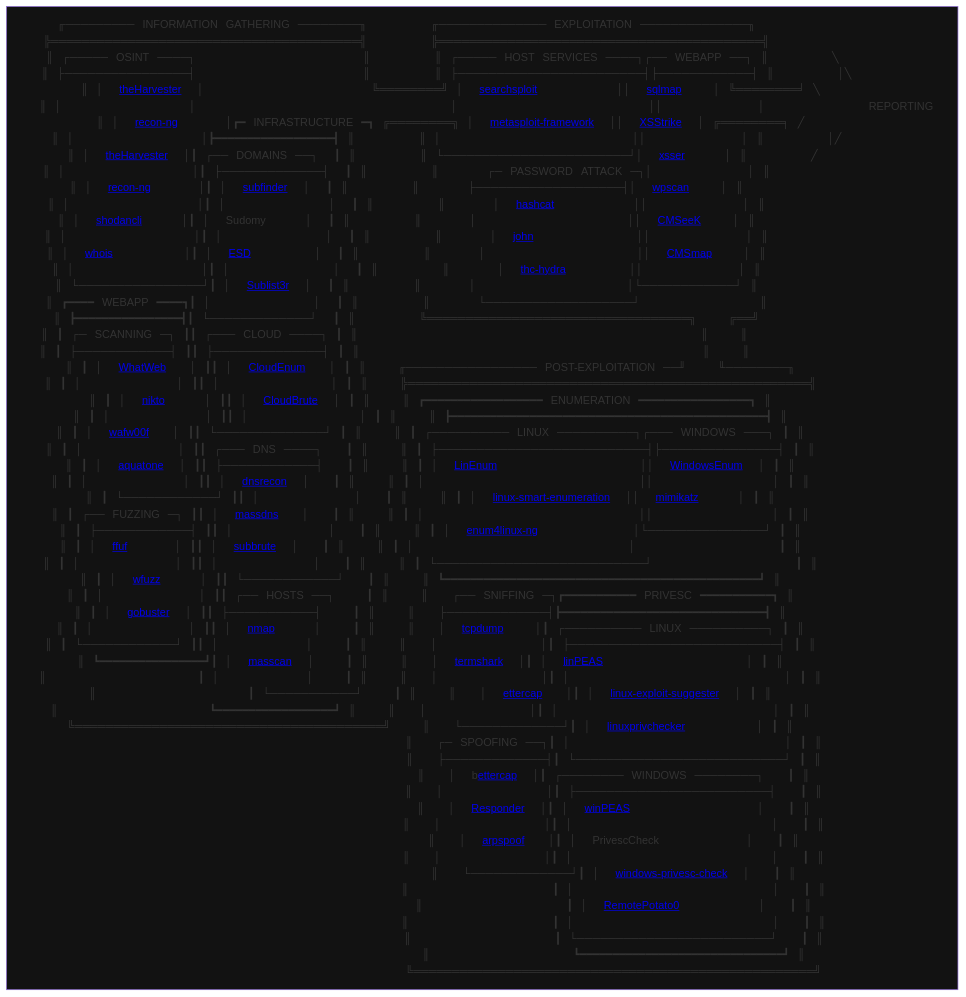
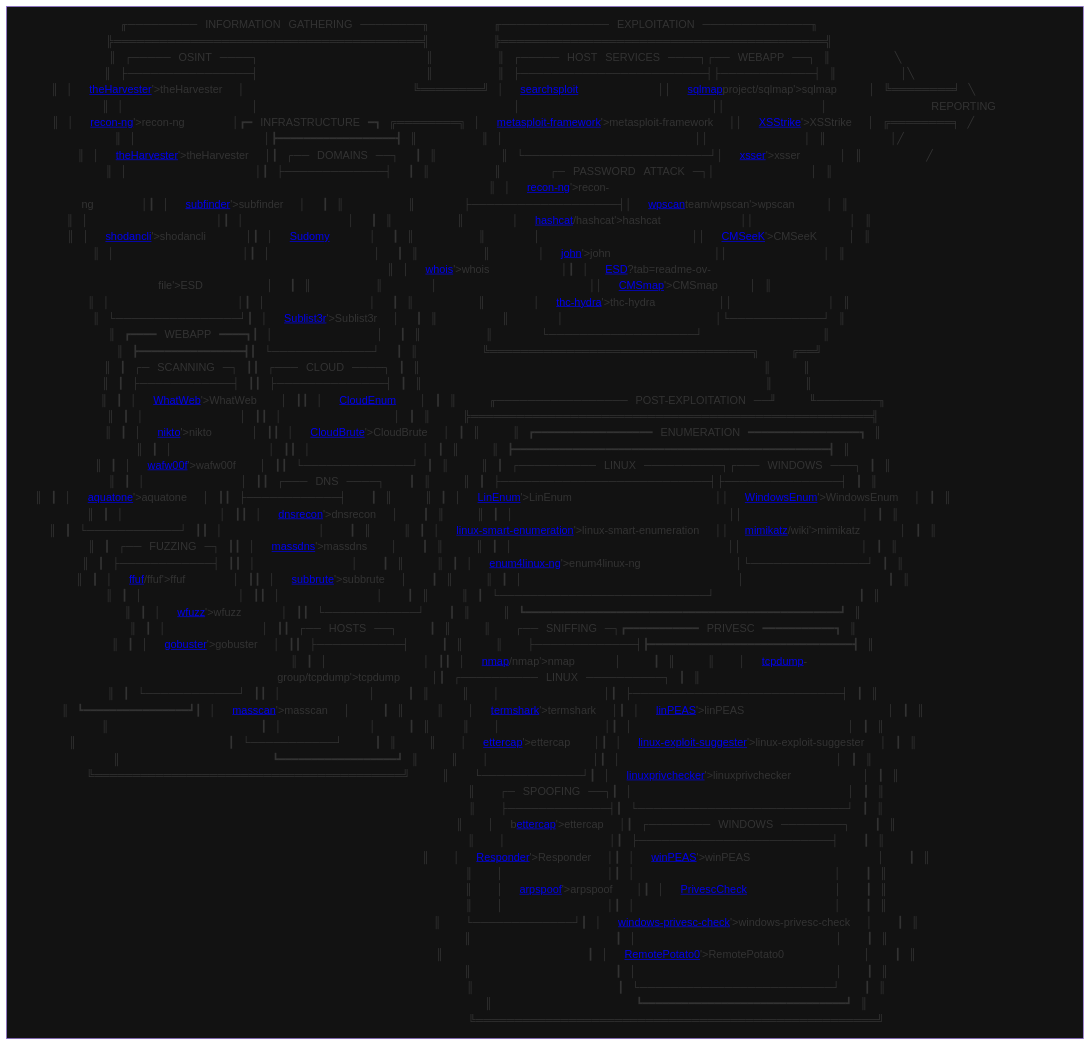
The diagram in README.md (Skalyaeve/a-process), drawn with Mermaid before and after one commit. The commit also changed 1 other file, not shown here.

````diff
--- a/README.md
+++ b/README.md
@@ -1,65 +1,65 @@
 ```mermaid
 graph TD
 main[
 ⠀╓─────────⠀INFORMATION⠀GATHERING⠀────────╖⠀⠀⠀⠀⠀⠀⠀⠀╓──────────────⠀EXPLOITATION⠀──────────────╖⠀⠀⠀⠀⠀⠀⠀⠀⠀⠀⠀⠀⠀⠀⠀⠀⠀⠀⠀⠀
 ⠀╠════════════════════════════════════════╣⠀⠀⠀⠀⠀⠀⠀⠀╠══════════════════════════════════════════╣⠀⠀⠀⠀⠀⠀⠀⠀⠀⠀⠀⠀⠀⠀⠀⠀⠀⠀⠀⠀
 ⠀║⠀┌─────⠀OSINT⠀────┐⠀⠀⠀⠀⠀⠀⠀⠀⠀⠀⠀⠀⠀⠀⠀⠀⠀⠀⠀⠀⠀║⠀⠀⠀⠀⠀⠀⠀⠀║⠀┌─────⠀HOST⠀SERVICES⠀────┐┌──⠀WEBAPP⠀──┐⠀║⠀⠀⠀⠀⠀⠀⠀⠀╲⠀⠀⠀⠀⠀⠀⠀⠀⠀⠀⠀
 ⠀║⠀├────────────────┤⠀⠀⠀⠀⠀⠀⠀⠀⠀⠀⠀⠀⠀⠀⠀⠀⠀⠀⠀⠀⠀║⠀⠀⠀⠀⠀⠀⠀⠀║⠀├────────────────────────┤├────────────┤⠀║⠀⠀⠀⠀⠀⠀⠀⠀│╲⠀⠀⠀⠀⠀⠀⠀⠀⠀⠀
-⠀║⠀│⠀⠀<a href='https://github.com/laramies/theHarvester'>theHarvester</a>⠀⠀│⠀⠀⠀⠀⠀⠀⠀⠀⠀⠀⠀⠀⠀⠀⠀⠀⠀⠀⠀⠀⠀╚════════╝⠀│⠀⠀<a href='https://gitlab.com/exploit-database/exploitdb'>searchsploit</a>⠀⠀⠀⠀⠀⠀⠀⠀⠀⠀││⠀⠀<a href='https://github.com/sqlmapproject/sqlmap'>sqlmap</a>⠀⠀⠀⠀│⠀╚════════╛⠀╲⠀⠀⠀⠀⠀⠀⠀⠀⠀
+⠀║⠀│⠀⠀<a href='https://github.com/laramies/<a href='https://github.com/laramies/theHarvester'>theHarvester</a>'>theHarvester</a>⠀⠀│⠀⠀⠀⠀⠀⠀⠀⠀⠀⠀⠀⠀⠀⠀⠀⠀⠀⠀⠀⠀⠀╚════════╝⠀│⠀⠀<a href='https://gitlab.com/exploit-database/exploitdb'><a href='https://gitlab.com/exploit-database/exploitdb'>searchsploit</a></a>⠀⠀⠀⠀⠀⠀⠀⠀⠀⠀││⠀⠀<a href='https://github.com/<a href='https://github.com/sqlmapproject/sqlmap'>sqlmap</a>project/sqlmap'>sqlmap</a>⠀⠀⠀⠀│⠀╚════════╛⠀╲⠀⠀⠀⠀⠀⠀⠀⠀⠀
 ⠀║⠀│⠀⠀⠀⠀⠀⠀⠀⠀⠀⠀⠀⠀⠀⠀⠀⠀│⠀⠀⠀⠀⠀⠀⠀⠀⠀⠀⠀⠀⠀⠀⠀⠀⠀⠀⠀⠀⠀⠀⠀⠀⠀⠀⠀⠀⠀⠀⠀⠀│⠀⠀⠀⠀⠀⠀⠀⠀⠀⠀⠀⠀⠀⠀⠀⠀⠀⠀⠀⠀⠀⠀⠀⠀││⠀⠀⠀⠀⠀⠀⠀⠀⠀⠀⠀⠀│⠀⠀⠀⠀⠀⠀⠀⠀⠀⠀⠀⠀⠀REPORTING
-⠀║⠀│⠀⠀<a href='https://github.com/lanmaster53/recon-ng'>recon-ng</a>⠀⠀⠀⠀⠀⠀│┏━⠀INFRASTRUCTURE⠀━┓⠀╔════════╗⠀│⠀⠀<a href='https://github.com/rapid7/metasploit-framework'>metasploit-framework</a>⠀⠀││⠀⠀<a href='https://github.com/s0md3v/XSStrike'>XSStrike</a>⠀⠀│⠀╔════════╕⠀╱⠀⠀⠀⠀⠀⠀⠀⠀⠀
+⠀║⠀│⠀⠀<a href='https://github.com/lanmaster53/<a href='https://github.com/lanmaster53/recon-ng'>recon-ng</a>'>recon-ng</a>⠀⠀⠀⠀⠀⠀│┏━⠀INFRASTRUCTURE⠀━┓⠀╔════════╗⠀│⠀⠀<a href='https://github.com/rapid7/<a href='https://github.com/rapid7/metasploit-framework'>metasploit-framework</a>'>metasploit-framework</a>⠀⠀││⠀⠀<a href='https://github.com/s0md3v/<a href='https://github.com/s0md3v/XSStrike'>XSStrike</a>'>XSStrike</a>⠀⠀│⠀╔════════╕⠀╱⠀⠀⠀⠀⠀⠀⠀⠀⠀
 ⠀║⠀│⠀⠀⠀⠀⠀⠀⠀⠀⠀⠀⠀⠀⠀⠀⠀⠀│┣━━━━━━━━━━━━━━━━━━┫⠀║⠀⠀⠀⠀⠀⠀⠀⠀║⠀│⠀⠀⠀⠀⠀⠀⠀⠀⠀⠀⠀⠀⠀⠀⠀⠀⠀⠀⠀⠀⠀⠀⠀⠀││⠀⠀⠀⠀⠀⠀⠀⠀⠀⠀⠀⠀│⠀║⠀⠀⠀⠀⠀⠀⠀⠀│╱⠀⠀⠀⠀⠀⠀⠀⠀⠀⠀
-⠀║⠀│⠀⠀<a href='https://github.com/laramies/theHarvester'>theHarvester</a>⠀⠀│┃⠀┌──⠀DOMAINS⠀──┐⠀⠀┃⠀║⠀⠀⠀⠀⠀⠀⠀⠀║⠀└────────────────────────┘│⠀⠀<a href='https://github.com/epsylon/xsser'>xsser</a>⠀⠀⠀⠀⠀│⠀║⠀⠀⠀⠀⠀⠀⠀⠀╱⠀⠀⠀⠀⠀⠀⠀⠀⠀⠀⠀
+⠀║⠀│⠀⠀<a href='https://github.com/laramies/<a href='https://github.com/laramies/theHarvester'>theHarvester</a>'>theHarvester</a>⠀⠀│┃⠀┌──⠀DOMAINS⠀──┐⠀⠀┃⠀║⠀⠀⠀⠀⠀⠀⠀⠀║⠀└────────────────────────┘│⠀⠀<a href='https://github.com/epsylon/<a href='https://github.com/epsylon/xsser'>xsser</a>'>xsser</a>⠀⠀⠀⠀⠀│⠀║⠀⠀⠀⠀⠀⠀⠀⠀╱⠀⠀⠀⠀⠀⠀⠀⠀⠀⠀⠀
 ⠀║⠀│⠀⠀⠀⠀⠀⠀⠀⠀⠀⠀⠀⠀⠀⠀⠀⠀│┃⠀├─────────────┤⠀⠀┃⠀║⠀⠀⠀⠀⠀⠀⠀⠀║⠀⠀⠀⠀⠀⠀┌─⠀PASSWORD⠀ATTACK⠀─┐│⠀⠀⠀⠀⠀⠀⠀⠀⠀⠀⠀⠀│⠀║⠀⠀⠀⠀⠀⠀⠀⠀⠀⠀⠀⠀⠀⠀⠀⠀⠀⠀⠀⠀
-⠀║⠀│⠀⠀<a href='https://github.com/lanmaster53/recon-ng'>recon-ng</a>⠀⠀⠀⠀⠀⠀│┃⠀│⠀⠀<a href='https://github.com/projectdiscovery/subfinder'>subfinder</a>⠀⠀│⠀⠀┃⠀║⠀⠀⠀⠀⠀⠀⠀⠀║⠀⠀⠀⠀⠀⠀├───────────────────┤│⠀⠀<a href='https://github.com/wpscanteam/wpscan'>wpscan</a>⠀⠀⠀⠀│⠀║⠀⠀⠀⠀⠀⠀⠀⠀⠀⠀⠀⠀⠀⠀⠀⠀⠀⠀⠀⠀
-⠀║⠀│⠀⠀⠀⠀⠀⠀⠀⠀⠀⠀⠀⠀⠀⠀⠀⠀│┃⠀│⠀⠀⠀⠀⠀⠀⠀⠀⠀⠀⠀⠀⠀│⠀⠀┃⠀║⠀⠀⠀⠀⠀⠀⠀⠀║⠀⠀⠀⠀⠀⠀│⠀⠀<a href='https://github.com/hashcat/hashcat'>hashcat</a>⠀⠀⠀⠀⠀⠀⠀⠀⠀⠀││⠀⠀⠀⠀⠀⠀⠀⠀⠀⠀⠀⠀│⠀║⠀⠀⠀⠀⠀⠀⠀⠀⠀⠀⠀⠀⠀⠀⠀⠀⠀⠀⠀⠀
-⠀║⠀│⠀⠀<a href='https://github.com/malinkinsa/shodancli'>shodancli</a>⠀⠀⠀⠀⠀│┃⠀│⠀⠀Sudomy⠀⠀⠀⠀⠀│⠀⠀┃⠀║⠀⠀⠀⠀⠀⠀⠀⠀║⠀⠀⠀⠀⠀⠀│⠀⠀⠀⠀⠀⠀⠀⠀⠀⠀⠀⠀⠀⠀⠀⠀⠀⠀⠀││⠀⠀<a href='https://github.com/Tuhinshubhra/CMSeeK'>CMSeeK</a>⠀⠀⠀⠀│⠀║⠀⠀⠀⠀⠀⠀⠀⠀⠀⠀⠀⠀⠀⠀⠀⠀⠀⠀⠀⠀
-⠀║⠀│⠀⠀⠀⠀⠀⠀⠀⠀⠀⠀⠀⠀⠀⠀⠀⠀│┃⠀│⠀⠀⠀⠀⠀⠀⠀⠀⠀⠀⠀⠀⠀│⠀⠀┃⠀║⠀⠀⠀⠀⠀⠀⠀⠀║⠀⠀⠀⠀⠀⠀│⠀⠀<a href='https://github.com/openwall/john'>john</a>⠀⠀⠀⠀⠀⠀⠀⠀⠀⠀⠀⠀⠀││⠀⠀⠀⠀⠀⠀⠀⠀⠀⠀⠀⠀│⠀║⠀⠀⠀⠀⠀⠀⠀⠀⠀⠀⠀⠀⠀⠀⠀⠀⠀⠀⠀⠀
-⠀║⠀│⠀⠀<a href='https://github.com/weppos/whois'>whois</a>⠀⠀⠀⠀⠀⠀⠀⠀⠀│┃⠀│⠀⠀<a href='https://github.com/FeeiCN/ESD?tab=readme-ov-file'>ESD</a>⠀⠀⠀⠀⠀⠀⠀⠀│⠀⠀┃⠀║⠀⠀⠀⠀⠀⠀⠀⠀║⠀⠀⠀⠀⠀⠀│⠀⠀⠀⠀⠀⠀⠀⠀⠀⠀⠀⠀⠀⠀⠀⠀⠀⠀⠀││⠀⠀<a href='https://github.com/dionach/CMSmap'>CMSmap</a>⠀⠀⠀⠀│⠀║⠀⠀⠀⠀⠀⠀⠀⠀⠀⠀⠀⠀⠀⠀⠀⠀⠀⠀⠀⠀
-⠀║⠀│⠀⠀⠀⠀⠀⠀⠀⠀⠀⠀⠀⠀⠀⠀⠀⠀│┃⠀│⠀⠀⠀⠀⠀⠀⠀⠀⠀⠀⠀⠀⠀│⠀⠀┃⠀║⠀⠀⠀⠀⠀⠀⠀⠀║⠀⠀⠀⠀⠀⠀│⠀⠀<a href='https://github.com/vanhauser-thc/thc-hydra'>thc-hydra</a>⠀⠀⠀⠀⠀⠀⠀⠀││⠀⠀⠀⠀⠀⠀⠀⠀⠀⠀⠀⠀│⠀║⠀⠀⠀⠀⠀⠀⠀⠀⠀⠀⠀⠀⠀⠀⠀⠀⠀⠀⠀⠀
-⠀║⠀└────────────────┘┃⠀│⠀⠀<a href='https://github.com/aboul3la/Sublist3r'>Sublist3r</a>⠀⠀│⠀⠀┃⠀║⠀⠀⠀⠀⠀⠀⠀⠀║⠀⠀⠀⠀⠀⠀│⠀⠀⠀⠀⠀⠀⠀⠀⠀⠀⠀⠀⠀⠀⠀⠀⠀⠀⠀│└────────────┘⠀║⠀⠀⠀⠀⠀⠀⠀⠀⠀⠀⠀⠀⠀⠀⠀⠀⠀⠀⠀⠀
+⠀║⠀│⠀⠀<a href='https://github.com/lanmaster53/<a href='https://github.com/lanmaster53/recon-ng'>recon-ng</a>'>recon-ng</a>⠀⠀⠀⠀⠀⠀│┃⠀│⠀⠀<a href='https://github.com/projectdiscovery/<a href='https://github.com/projectdiscovery/subfinder'>subfinder</a>'>subfinder</a>⠀⠀│⠀⠀┃⠀║⠀⠀⠀⠀⠀⠀⠀⠀║⠀⠀⠀⠀⠀⠀├───────────────────┤│⠀⠀<a href='https://github.com/<a href='https://github.com/wpscanteam/wpscan'>wpscan</a>team/wpscan'>wpscan</a>⠀⠀⠀⠀│⠀║⠀⠀⠀⠀⠀⠀⠀⠀⠀⠀⠀⠀⠀⠀⠀⠀⠀⠀⠀⠀
+⠀║⠀│⠀⠀⠀⠀⠀⠀⠀⠀⠀⠀⠀⠀⠀⠀⠀⠀│┃⠀│⠀⠀⠀⠀⠀⠀⠀⠀⠀⠀⠀⠀⠀│⠀⠀┃⠀║⠀⠀⠀⠀⠀⠀⠀⠀║⠀⠀⠀⠀⠀⠀│⠀⠀<a href='https://github.com/<a href='https://github.com/hashcat/hashcat'>hashcat</a>/hashcat'>hashcat</a>⠀⠀⠀⠀⠀⠀⠀⠀⠀⠀││⠀⠀⠀⠀⠀⠀⠀⠀⠀⠀⠀⠀│⠀║⠀⠀⠀⠀⠀⠀⠀⠀⠀⠀⠀⠀⠀⠀⠀⠀⠀⠀⠀⠀
+⠀║⠀│⠀⠀<a href='https://github.com/malinkinsa/<a href='https://github.com/malinkinsa/shodancli'>shodancli</a>'>shodancli</a>⠀⠀⠀⠀⠀│┃⠀│⠀⠀<a href='https://github.com/screetsec/Sudomy'>Sudomy</a>⠀⠀⠀⠀⠀│⠀⠀┃⠀║⠀⠀⠀⠀⠀⠀⠀⠀║⠀⠀⠀⠀⠀⠀│⠀⠀⠀⠀⠀⠀⠀⠀⠀⠀⠀⠀⠀⠀⠀⠀⠀⠀⠀││⠀⠀<a href='https://github.com/Tuhinshubhra/<a href='https://github.com/Tuhinshubhra/CMSeeK'>CMSeeK</a>'>CMSeeK</a>⠀⠀⠀⠀│⠀║⠀⠀⠀⠀⠀⠀⠀⠀⠀⠀⠀⠀⠀⠀⠀⠀⠀⠀⠀⠀
+⠀║⠀│⠀⠀⠀⠀⠀⠀⠀⠀⠀⠀⠀⠀⠀⠀⠀⠀│┃⠀│⠀⠀⠀⠀⠀⠀⠀⠀⠀⠀⠀⠀⠀│⠀⠀┃⠀║⠀⠀⠀⠀⠀⠀⠀⠀║⠀⠀⠀⠀⠀⠀│⠀⠀<a href='https://github.com/openwall/<a href='https://github.com/openwall/john'>john</a>'>john</a>⠀⠀⠀⠀⠀⠀⠀⠀⠀⠀⠀⠀⠀││⠀⠀⠀⠀⠀⠀⠀⠀⠀⠀⠀⠀│⠀║⠀⠀⠀⠀⠀⠀⠀⠀⠀⠀⠀⠀⠀⠀⠀⠀⠀⠀⠀⠀
+⠀║⠀│⠀⠀<a href='https://github.com/weppos/<a href='https://github.com/weppos/whois'>whois</a>'>whois</a>⠀⠀⠀⠀⠀⠀⠀⠀⠀│┃⠀│⠀⠀<a href='https://github.com/FeeiCN/<a href='https://github.com/FeeiCN/ESD?tab=readme-ov-file'>ESD</a>?tab=readme-ov-file'>ESD</a>⠀⠀⠀⠀⠀⠀⠀⠀│⠀⠀┃⠀║⠀⠀⠀⠀⠀⠀⠀⠀║⠀⠀⠀⠀⠀⠀│⠀⠀⠀⠀⠀⠀⠀⠀⠀⠀⠀⠀⠀⠀⠀⠀⠀⠀⠀││⠀⠀<a href='https://github.com/dionach/<a href='https://github.com/dionach/CMSmap'>CMSmap</a>'>CMSmap</a>⠀⠀⠀⠀│⠀║⠀⠀⠀⠀⠀⠀⠀⠀⠀⠀⠀⠀⠀⠀⠀⠀⠀⠀⠀⠀
+⠀║⠀│⠀⠀⠀⠀⠀⠀⠀⠀⠀⠀⠀⠀⠀⠀⠀⠀│┃⠀│⠀⠀⠀⠀⠀⠀⠀⠀⠀⠀⠀⠀⠀│⠀⠀┃⠀║⠀⠀⠀⠀⠀⠀⠀⠀║⠀⠀⠀⠀⠀⠀│⠀⠀<a href='https://github.com/vanhauser-thc/<a href='https://github.com/vanhauser-thc/thc-hydra'>thc-hydra</a>'>thc-hydra</a>⠀⠀⠀⠀⠀⠀⠀⠀││⠀⠀⠀⠀⠀⠀⠀⠀⠀⠀⠀⠀│⠀║⠀⠀⠀⠀⠀⠀⠀⠀⠀⠀⠀⠀⠀⠀⠀⠀⠀⠀⠀⠀
+⠀║⠀└────────────────┘┃⠀│⠀⠀<a href='https://github.com/aboul3la/<a href='https://github.com/aboul3la/Sublist3r'>Sublist3r</a>'>Sublist3r</a>⠀⠀│⠀⠀┃⠀║⠀⠀⠀⠀⠀⠀⠀⠀║⠀⠀⠀⠀⠀⠀│⠀⠀⠀⠀⠀⠀⠀⠀⠀⠀⠀⠀⠀⠀⠀⠀⠀⠀⠀│└────────────┘⠀║⠀⠀⠀⠀⠀⠀⠀⠀⠀⠀⠀⠀⠀⠀⠀⠀⠀⠀⠀⠀
 ⠀║⠀┏━━━━⠀WEBAPP⠀━━━━┓┃⠀│⠀⠀⠀⠀⠀⠀⠀⠀⠀⠀⠀⠀⠀│⠀⠀┃⠀║⠀⠀⠀⠀⠀⠀⠀⠀║⠀⠀⠀⠀⠀⠀└───────────────────┘⠀⠀⠀⠀⠀⠀⠀⠀⠀⠀⠀⠀⠀⠀⠀║⠀⠀⠀⠀⠀⠀⠀⠀⠀⠀⠀⠀⠀⠀⠀⠀⠀⠀⠀⠀
 ⠀║⠀┣━━━━━━━━━━━━━━━━┫┃⠀└─────────────┘⠀⠀┃⠀║⠀⠀⠀⠀⠀⠀⠀⠀╚══════════════════════════════════╗⠀⠀⠀⠀╔══╝⠀⠀⠀⠀⠀⠀⠀⠀⠀⠀⠀⠀⠀⠀⠀⠀⠀⠀⠀⠀
 ⠀║⠀┃⠀┌─⠀SCANNING⠀─┐⠀┃┃⠀┌───⠀CLOUD⠀────┐⠀┃⠀║⠀⠀⠀⠀⠀⠀⠀⠀⠀⠀⠀⠀⠀⠀⠀⠀⠀⠀⠀⠀⠀⠀⠀⠀⠀⠀⠀⠀⠀⠀⠀⠀⠀⠀⠀⠀⠀⠀⠀⠀⠀⠀⠀║⠀⠀⠀⠀║⠀⠀⠀⠀⠀⠀⠀⠀⠀⠀⠀⠀⠀⠀⠀⠀⠀⠀⠀⠀⠀⠀⠀
 ⠀║⠀┃⠀├────────────┤⠀┃┃⠀├──────────────┤⠀┃⠀║⠀⠀⠀⠀⠀⠀⠀⠀⠀⠀⠀⠀⠀⠀⠀⠀⠀⠀⠀⠀⠀⠀⠀⠀⠀⠀⠀⠀⠀⠀⠀⠀⠀⠀⠀⠀⠀⠀⠀⠀⠀⠀⠀║⠀⠀⠀⠀║⠀⠀⠀⠀⠀⠀⠀⠀⠀⠀⠀⠀⠀⠀⠀⠀⠀⠀⠀⠀⠀⠀⠀
-⠀║⠀┃⠀│⠀⠀<a href='https://github.com/urbanadventurer/WhatWeb'>WhatWeb</a>⠀⠀⠀│⠀┃┃⠀│⠀⠀<a href='https://github.com/initstring/cloud_enum'>CloudEnum</a>⠀⠀⠀│⠀┃⠀║⠀⠀⠀⠀╓─────────────────⠀POST-EXPLOITATION⠀──╜⠀⠀⠀⠀╙────────╖⠀⠀⠀⠀⠀⠀⠀⠀⠀⠀⠀⠀⠀⠀
+⠀║⠀┃⠀│⠀⠀<a href='https://github.com/urbanadventurer/<a href='https://github.com/urbanadventurer/WhatWeb'>WhatWeb</a>'>WhatWeb</a>⠀⠀⠀│⠀┃┃⠀│⠀⠀<a href='https://github.com/initstring/cloud_enum'><a href='https://github.com/initstring/cloud_enum'>CloudEnum</a></a>⠀⠀⠀│⠀┃⠀║⠀⠀⠀⠀╓─────────────────⠀POST-EXPLOITATION⠀──╜⠀⠀⠀⠀╙────────╖⠀⠀⠀⠀⠀⠀⠀⠀⠀⠀⠀⠀⠀⠀
 ⠀║⠀┃⠀│⠀⠀⠀⠀⠀⠀⠀⠀⠀⠀⠀⠀│⠀┃┃⠀│⠀⠀⠀⠀⠀⠀⠀⠀⠀⠀⠀⠀⠀⠀│⠀┃⠀║⠀⠀⠀⠀╠════════════════════════════════════════════════════╣⠀⠀⠀⠀⠀⠀⠀⠀⠀⠀⠀⠀⠀⠀
-⠀║⠀┃⠀│⠀⠀<a href='https://github.com/sullo/nikto'>nikto</a>⠀⠀⠀⠀⠀│⠀┃┃⠀│⠀⠀<a href='https://github.com/0xsha/CloudBrute'>CloudBrute</a>⠀⠀│⠀┃⠀║⠀⠀⠀⠀║⠀┏━━━━━━━━━━━━━━━━━━⠀ENUMERATION⠀━━━━━━━━━━━━━━━━━┓⠀║⠀⠀⠀⠀⠀⠀⠀⠀⠀⠀⠀⠀⠀⠀
+⠀║⠀┃⠀│⠀⠀<a href='https://github.com/sullo/<a href='https://github.com/sullo/nikto'>nikto</a>'>nikto</a>⠀⠀⠀⠀⠀│⠀┃┃⠀│⠀⠀<a href='https://github.com/0xsha/<a href='https://github.com/0xsha/CloudBrute'>CloudBrute</a>'>CloudBrute</a>⠀⠀│⠀┃⠀║⠀⠀⠀⠀║⠀┏━━━━━━━━━━━━━━━━━━⠀ENUMERATION⠀━━━━━━━━━━━━━━━━━┓⠀║⠀⠀⠀⠀⠀⠀⠀⠀⠀⠀⠀⠀⠀⠀
 ⠀║⠀┃⠀│⠀⠀⠀⠀⠀⠀⠀⠀⠀⠀⠀⠀│⠀┃┃⠀│⠀⠀⠀⠀⠀⠀⠀⠀⠀⠀⠀⠀⠀⠀│⠀┃⠀║⠀⠀⠀⠀║⠀┣━━━━━━━━━━━━━━━━━━━━━━━━━━━━━━━━━━━━━━━━━━━━━━━━┫⠀║⠀⠀⠀⠀⠀⠀⠀⠀⠀⠀⠀⠀⠀⠀
-⠀║⠀┃⠀│⠀⠀<a href='https://github.com/EnableSecurity/wafw00f'>wafw00f</a>⠀⠀⠀│⠀┃┃⠀└──────────────┘⠀┃⠀║⠀⠀⠀⠀║⠀┃⠀┌──────────⠀LINUX⠀──────────┐┌───⠀WINDOWS⠀───┐⠀┃⠀║⠀⠀⠀⠀⠀⠀⠀⠀⠀⠀⠀⠀⠀⠀
+⠀║⠀┃⠀│⠀⠀<a href='https://github.com/EnableSecurity/<a href='https://github.com/EnableSecurity/wafw00f'>wafw00f</a>'>wafw00f</a>⠀⠀⠀│⠀┃┃⠀└──────────────┘⠀┃⠀║⠀⠀⠀⠀║⠀┃⠀┌──────────⠀LINUX⠀──────────┐┌───⠀WINDOWS⠀───┐⠀┃⠀║⠀⠀⠀⠀⠀⠀⠀⠀⠀⠀⠀⠀⠀⠀
 ⠀║⠀┃⠀│⠀⠀⠀⠀⠀⠀⠀⠀⠀⠀⠀⠀│⠀┃┃⠀┌───⠀DNS⠀────┐⠀⠀⠀┃⠀║⠀⠀⠀⠀║⠀┃⠀├───────────────────────────┤├───────────────┤⠀┃⠀║⠀⠀⠀⠀⠀⠀⠀⠀⠀⠀⠀⠀⠀⠀
-⠀║⠀┃⠀│⠀⠀<a href='https://github.com/michenriksen/aquatone'>aquatone</a>⠀⠀│⠀┃┃⠀├────────────┤⠀⠀⠀┃⠀║⠀⠀⠀⠀║⠀┃⠀│⠀⠀<a href='https://github.com/rebootuser/LinEnum'>LinEnum</a>⠀⠀⠀⠀⠀⠀⠀⠀⠀⠀⠀⠀⠀⠀⠀⠀⠀⠀││⠀⠀<a href='https://github.com/absolomb/WindowsEnum'>WindowsEnum</a>⠀⠀│⠀┃⠀║⠀⠀⠀⠀⠀⠀⠀⠀⠀⠀⠀⠀⠀⠀
-⠀║⠀┃⠀│⠀⠀⠀⠀⠀⠀⠀⠀⠀⠀⠀⠀│⠀┃┃⠀│⠀⠀<a href='https://github.com/darkoperator/dnsrecon'>dnsrecon</a>⠀⠀│⠀⠀⠀┃⠀║⠀⠀⠀⠀║⠀┃⠀│⠀⠀⠀⠀⠀⠀⠀⠀⠀⠀⠀⠀⠀⠀⠀⠀⠀⠀⠀⠀⠀⠀⠀⠀⠀⠀⠀││⠀⠀⠀⠀⠀⠀⠀⠀⠀⠀⠀⠀⠀⠀⠀│⠀┃⠀║⠀⠀⠀⠀⠀⠀⠀⠀⠀⠀⠀⠀⠀⠀
-⠀║⠀┃⠀└────────────┘⠀┃┃⠀│⠀⠀⠀⠀⠀⠀⠀⠀⠀⠀⠀⠀│⠀⠀⠀┃⠀║⠀⠀⠀⠀║⠀┃⠀│⠀⠀<a href='https://github.com/diego-treitos/linux-smart-enumeration'>linux-smart-enumeration</a>⠀⠀││⠀⠀<a href='https://github.com/gentilkiwi/mimikatz/wiki'>mimikatz</a>⠀⠀⠀⠀⠀│⠀┃⠀║⠀⠀⠀⠀⠀⠀⠀⠀⠀⠀⠀⠀⠀⠀
-⠀║⠀┃⠀┌──⠀FUZZING⠀─┐⠀┃┃⠀│⠀⠀<a href='https://github.com/blechschmidt/massdns'>massdns</a>⠀⠀⠀│⠀⠀⠀┃⠀║⠀⠀⠀⠀║⠀┃⠀│⠀⠀⠀⠀⠀⠀⠀⠀⠀⠀⠀⠀⠀⠀⠀⠀⠀⠀⠀⠀⠀⠀⠀⠀⠀⠀⠀││⠀⠀⠀⠀⠀⠀⠀⠀⠀⠀⠀⠀⠀⠀⠀│⠀┃⠀║⠀⠀⠀⠀⠀⠀⠀⠀⠀⠀⠀⠀⠀⠀
-⠀║⠀┃⠀├────────────┤⠀┃┃⠀│⠀⠀⠀⠀⠀⠀⠀⠀⠀⠀⠀⠀│⠀⠀⠀┃⠀║⠀⠀⠀⠀║⠀┃⠀│⠀⠀<a href='https://github.com/cddmp/enum4linux-ng'>enum4linux-ng</a>⠀⠀⠀⠀⠀⠀⠀⠀⠀⠀⠀⠀│└───────────────┘⠀┃⠀║⠀⠀⠀⠀⠀⠀⠀⠀⠀⠀⠀⠀⠀⠀
-⠀║⠀┃⠀│⠀⠀<a href='https://github.com/ffuf/ffuf'>ffuf</a>⠀⠀⠀⠀⠀⠀│⠀┃┃⠀│⠀⠀<a href='https://github.com/TheRook/subbrute'>subbrute</a>⠀⠀│⠀⠀⠀┃⠀║⠀⠀⠀⠀║⠀┃⠀│⠀⠀⠀⠀⠀⠀⠀⠀⠀⠀⠀⠀⠀⠀⠀⠀⠀⠀⠀⠀⠀⠀⠀⠀⠀⠀⠀│⠀⠀⠀⠀⠀⠀⠀⠀⠀⠀⠀⠀⠀⠀⠀⠀⠀⠀┃⠀║⠀⠀⠀⠀⠀⠀⠀⠀⠀⠀⠀⠀⠀⠀
+⠀║⠀┃⠀│⠀⠀<a href='https://github.com/michenriksen/<a href='https://github.com/michenriksen/aquatone'>aquatone</a>'>aquatone</a>⠀⠀│⠀┃┃⠀├────────────┤⠀⠀⠀┃⠀║⠀⠀⠀⠀║⠀┃⠀│⠀⠀<a href='https://github.com/rebootuser/<a href='https://github.com/rebootuser/LinEnum'>LinEnum</a>'>LinEnum</a>⠀⠀⠀⠀⠀⠀⠀⠀⠀⠀⠀⠀⠀⠀⠀⠀⠀⠀││⠀⠀<a href='https://github.com/absolomb/<a href='https://github.com/absolomb/WindowsEnum'>WindowsEnum</a>'>WindowsEnum</a>⠀⠀│⠀┃⠀║⠀⠀⠀⠀⠀⠀⠀⠀⠀⠀⠀⠀⠀⠀
+⠀║⠀┃⠀│⠀⠀⠀⠀⠀⠀⠀⠀⠀⠀⠀⠀│⠀┃┃⠀│⠀⠀<a href='https://github.com/darkoperator/<a href='https://github.com/darkoperator/dnsrecon'>dnsrecon</a>'>dnsrecon</a>⠀⠀│⠀⠀⠀┃⠀║⠀⠀⠀⠀║⠀┃⠀│⠀⠀⠀⠀⠀⠀⠀⠀⠀⠀⠀⠀⠀⠀⠀⠀⠀⠀⠀⠀⠀⠀⠀⠀⠀⠀⠀││⠀⠀⠀⠀⠀⠀⠀⠀⠀⠀⠀⠀⠀⠀⠀│⠀┃⠀║⠀⠀⠀⠀⠀⠀⠀⠀⠀⠀⠀⠀⠀⠀
+⠀║⠀┃⠀└────────────┘⠀┃┃⠀│⠀⠀⠀⠀⠀⠀⠀⠀⠀⠀⠀⠀│⠀⠀⠀┃⠀║⠀⠀⠀⠀║⠀┃⠀│⠀⠀<a href='https://github.com/diego-treitos/<a href='https://github.com/diego-treitos/linux-smart-enumeration'>linux-smart-enumeration</a>'>linux-smart-enumeration</a>⠀⠀││⠀⠀<a href='https://github.com/gentilkiwi/<a href='https://github.com/gentilkiwi/mimikatz'>mimikatz</a>/wiki'>mimikatz</a>⠀⠀⠀⠀⠀│⠀┃⠀║⠀⠀⠀⠀⠀⠀⠀⠀⠀⠀⠀⠀⠀⠀
+⠀║⠀┃⠀┌──⠀FUZZING⠀─┐⠀┃┃⠀│⠀⠀<a href='https://github.com/blechschmidt/<a href='https://github.com/blechschmidt/massdns'>massdns</a>'>massdns</a>⠀⠀⠀│⠀⠀⠀┃⠀║⠀⠀⠀⠀║⠀┃⠀│⠀⠀⠀⠀⠀⠀⠀⠀⠀⠀⠀⠀⠀⠀⠀⠀⠀⠀⠀⠀⠀⠀⠀⠀⠀⠀⠀││⠀⠀⠀⠀⠀⠀⠀⠀⠀⠀⠀⠀⠀⠀⠀│⠀┃⠀║⠀⠀⠀⠀⠀⠀⠀⠀⠀⠀⠀⠀⠀⠀
+⠀║⠀┃⠀├────────────┤⠀┃┃⠀│⠀⠀⠀⠀⠀⠀⠀⠀⠀⠀⠀⠀│⠀⠀⠀┃⠀║⠀⠀⠀⠀║⠀┃⠀│⠀⠀<a href='https://github.com/cddmp/<a href='https://github.com/cddmp/enum4linux-ng'>enum4linux-ng</a>'>enum4linux-ng</a>⠀⠀⠀⠀⠀⠀⠀⠀⠀⠀⠀⠀│└───────────────┘⠀┃⠀║⠀⠀⠀⠀⠀⠀⠀⠀⠀⠀⠀⠀⠀⠀
+⠀║⠀┃⠀│⠀⠀<a href='https://github.com/<a href='https://github.com/ffuf/ffuf'>ffuf</a>/ffuf'>ffuf</a>⠀⠀⠀⠀⠀⠀│⠀┃┃⠀│⠀⠀<a href='https://github.com/TheRook/<a href='https://github.com/TheRook/subbrute'>subbrute</a>'>subbrute</a>⠀⠀│⠀⠀⠀┃⠀║⠀⠀⠀⠀║⠀┃⠀│⠀⠀⠀⠀⠀⠀⠀⠀⠀⠀⠀⠀⠀⠀⠀⠀⠀⠀⠀⠀⠀⠀⠀⠀⠀⠀⠀│⠀⠀⠀⠀⠀⠀⠀⠀⠀⠀⠀⠀⠀⠀⠀⠀⠀⠀┃⠀║⠀⠀⠀⠀⠀⠀⠀⠀⠀⠀⠀⠀⠀⠀
 ⠀║⠀┃⠀│⠀⠀⠀⠀⠀⠀⠀⠀⠀⠀⠀⠀│⠀┃┃⠀│⠀⠀⠀⠀⠀⠀⠀⠀⠀⠀⠀⠀│⠀⠀⠀┃⠀║⠀⠀⠀⠀║⠀┃⠀└───────────────────────────┘⠀⠀⠀⠀⠀⠀⠀⠀⠀⠀⠀⠀⠀⠀⠀⠀⠀⠀┃⠀║⠀⠀⠀⠀⠀⠀⠀⠀⠀⠀⠀⠀⠀⠀
-⠀║⠀┃⠀│⠀⠀<a href='https://github.com/xmendez/wfuzz'>wfuzz</a>⠀⠀⠀⠀⠀│⠀┃┃⠀└────────────┘⠀⠀⠀┃⠀║⠀⠀⠀⠀║⠀┗━━━━━━━━━━━━━━━━━━━━━━━━━━━━━━━━━━━━━━━━━━━━━━━━┛⠀║⠀⠀⠀⠀⠀⠀⠀⠀⠀⠀⠀⠀⠀⠀
+⠀║⠀┃⠀│⠀⠀<a href='https://github.com/xmendez/<a href='https://github.com/xmendez/wfuzz'>wfuzz</a>'>wfuzz</a>⠀⠀⠀⠀⠀│⠀┃┃⠀└────────────┘⠀⠀⠀┃⠀║⠀⠀⠀⠀║⠀┗━━━━━━━━━━━━━━━━━━━━━━━━━━━━━━━━━━━━━━━━━━━━━━━━┛⠀║⠀⠀⠀⠀⠀⠀⠀⠀⠀⠀⠀⠀⠀⠀
 ⠀║⠀┃⠀│⠀⠀⠀⠀⠀⠀⠀⠀⠀⠀⠀⠀│⠀┃┃⠀┌──⠀HOSTS⠀──┐⠀⠀⠀⠀┃⠀║⠀⠀⠀⠀║⠀⠀⠀┌──⠀SNIFFING⠀─┐┏━━━━━━━━━━━⠀PRIVESC⠀━━━━━━━━━━━┓⠀║⠀⠀⠀⠀⠀⠀⠀⠀⠀⠀⠀⠀⠀⠀
-⠀║⠀┃⠀│⠀⠀<a href='https://github.com/OJ/gobuster'>gobuster</a>⠀⠀│⠀┃┃⠀├───────────┤⠀⠀⠀⠀┃⠀║⠀⠀⠀⠀║⠀⠀⠀├─────────────┤┣━━━━━━━━━━━━━━━━━━━━━━━━━━━━━━━┫⠀║⠀⠀⠀⠀⠀⠀⠀⠀⠀⠀⠀⠀⠀⠀
-⠀║⠀┃⠀│⠀⠀⠀⠀⠀⠀⠀⠀⠀⠀⠀⠀│⠀┃┃⠀│⠀⠀<a href='https://github.com/nmap/nmap'>nmap</a>⠀⠀⠀⠀⠀│⠀⠀⠀⠀┃⠀║⠀⠀⠀⠀║⠀⠀⠀│⠀⠀<a href='https://github.com/the-tcpdump-group/tcpdump'>tcpdump</a>⠀⠀⠀⠀│┃⠀┌──────────⠀LINUX⠀──────────┐⠀┃⠀║⠀⠀⠀⠀⠀⠀⠀⠀⠀⠀⠀⠀⠀⠀
+⠀║⠀┃⠀│⠀⠀<a href='https://github.com/OJ/<a href='https://github.com/OJ/gobuster'>gobuster</a>'>gobuster</a>⠀⠀│⠀┃┃⠀├───────────┤⠀⠀⠀⠀┃⠀║⠀⠀⠀⠀║⠀⠀⠀├─────────────┤┣━━━━━━━━━━━━━━━━━━━━━━━━━━━━━━━┫⠀║⠀⠀⠀⠀⠀⠀⠀⠀⠀⠀⠀⠀⠀⠀
+⠀║⠀┃⠀│⠀⠀⠀⠀⠀⠀⠀⠀⠀⠀⠀⠀│⠀┃┃⠀│⠀⠀<a href='https://github.com/<a href='https://github.com/nmap/nmap'>nmap</a>/nmap'>nmap</a>⠀⠀⠀⠀⠀│⠀⠀⠀⠀┃⠀║⠀⠀⠀⠀║⠀⠀⠀│⠀⠀<a href='https://github.com/the-<a href='https://github.com/the-tcpdump-group/tcpdump'>tcpdump</a>-group/tcpdump'>tcpdump</a>⠀⠀⠀⠀│┃⠀┌──────────⠀LINUX⠀──────────┐⠀┃⠀║⠀⠀⠀⠀⠀⠀⠀⠀⠀⠀⠀⠀⠀⠀
 ⠀║⠀┃⠀└────────────┘⠀┃┃⠀│⠀⠀⠀⠀⠀⠀⠀⠀⠀⠀⠀│⠀⠀⠀⠀┃⠀║⠀⠀⠀⠀║⠀⠀⠀│⠀⠀⠀⠀⠀⠀⠀⠀⠀⠀⠀⠀⠀│┃⠀├───────────────────────────┤⠀┃⠀║⠀⠀⠀⠀⠀⠀⠀⠀⠀⠀⠀⠀⠀⠀
-⠀║⠀┗━━━━━━━━━━━━━━━━┛┃⠀│⠀⠀<a href='https://github.com/robertdavidgraham/masscan'>masscan</a>⠀⠀│⠀⠀⠀⠀┃⠀║⠀⠀⠀⠀║⠀⠀⠀│⠀⠀<a href='https://github.com/gcla/termshark'>termshark</a>⠀⠀│┃⠀│⠀⠀<a href='https://github.com/peass-ng/PEASS-ng/tree/master/linPEAS'>linPEAS</a>⠀⠀⠀⠀⠀⠀⠀⠀⠀⠀⠀⠀⠀⠀⠀⠀⠀⠀│⠀┃⠀║⠀⠀⠀⠀⠀⠀⠀⠀⠀⠀⠀⠀⠀⠀
+⠀║⠀┗━━━━━━━━━━━━━━━━┛┃⠀│⠀⠀<a href='https://github.com/robertdavidgraham/<a href='https://github.com/robertdavidgraham/masscan'>masscan</a>'>masscan</a>⠀⠀│⠀⠀⠀⠀┃⠀║⠀⠀⠀⠀║⠀⠀⠀│⠀⠀<a href='https://github.com/gcla/<a href='https://github.com/gcla/termshark'>termshark</a>'>termshark</a>⠀⠀│┃⠀│⠀⠀<a href='https://github.com/peass-ng/PEASS-ng/tree/master/<a href='https://github.com/peass-ng/PEASS-ng/tree/master/linPEAS'>linPEAS</a>'>linPEAS</a>⠀⠀⠀⠀⠀⠀⠀⠀⠀⠀⠀⠀⠀⠀⠀⠀⠀⠀│⠀┃⠀║⠀⠀⠀⠀⠀⠀⠀⠀⠀⠀⠀⠀⠀⠀
 ⠀║⠀⠀⠀⠀⠀⠀⠀⠀⠀⠀⠀⠀⠀⠀⠀⠀⠀⠀⠀┃⠀│⠀⠀⠀⠀⠀⠀⠀⠀⠀⠀⠀│⠀⠀⠀⠀┃⠀║⠀⠀⠀⠀║⠀⠀⠀│⠀⠀⠀⠀⠀⠀⠀⠀⠀⠀⠀⠀⠀│┃⠀│⠀⠀⠀⠀⠀⠀⠀⠀⠀⠀⠀⠀⠀⠀⠀⠀⠀⠀⠀⠀⠀⠀⠀⠀⠀⠀⠀│⠀┃⠀║⠀⠀⠀⠀⠀⠀⠀⠀⠀⠀⠀⠀⠀⠀
-⠀║⠀⠀⠀⠀⠀⠀⠀⠀⠀⠀⠀⠀⠀⠀⠀⠀⠀⠀⠀┃⠀└───────────┘⠀⠀⠀⠀┃⠀║⠀⠀⠀⠀║⠀⠀⠀│⠀⠀<a href='https://github.com/Ettercap/ettercap'>ettercap</a>⠀⠀⠀│┃⠀│⠀⠀<a href='https://github.com/The-Z-Labs/linux-exploit-suggester'>linux-exploit-suggester</a>⠀⠀│⠀┃⠀║⠀⠀⠀⠀⠀⠀⠀⠀⠀⠀⠀⠀⠀⠀
+⠀║⠀⠀⠀⠀⠀⠀⠀⠀⠀⠀⠀⠀⠀⠀⠀⠀⠀⠀⠀┃⠀└───────────┘⠀⠀⠀⠀┃⠀║⠀⠀⠀⠀║⠀⠀⠀│⠀⠀<a href='https://github.com/Ettercap/<a href='https://github.com/Ettercap/ettercap'>ettercap</a>'>ettercap</a>⠀⠀⠀│┃⠀│⠀⠀<a href='https://github.com/The-Z-Labs/<a href='https://github.com/The-Z-Labs/linux-exploit-suggester'>linux-exploit-suggester</a>'>linux-exploit-suggester</a>⠀⠀│⠀┃⠀║⠀⠀⠀⠀⠀⠀⠀⠀⠀⠀⠀⠀⠀⠀
 ⠀║⠀⠀⠀⠀⠀⠀⠀⠀⠀⠀⠀⠀⠀⠀⠀⠀⠀⠀⠀┗━━━━━━━━━━━━━━━━━━┛⠀║⠀⠀⠀⠀║⠀⠀⠀│⠀⠀⠀⠀⠀⠀⠀⠀⠀⠀⠀⠀⠀│┃⠀│⠀⠀⠀⠀⠀⠀⠀⠀⠀⠀⠀⠀⠀⠀⠀⠀⠀⠀⠀⠀⠀⠀⠀⠀⠀⠀⠀│⠀┃⠀║⠀⠀⠀⠀⠀⠀⠀⠀⠀⠀⠀⠀⠀⠀
-⠀╚════════════════════════════════════════╝⠀⠀⠀⠀║⠀⠀⠀└─────────────┘┃⠀│⠀⠀<a href='https://github.com/sleventyeleven/linuxprivchecker'>linuxprivchecker</a>⠀⠀⠀⠀⠀⠀⠀⠀⠀│⠀┃⠀║⠀⠀⠀⠀⠀⠀⠀⠀⠀⠀⠀⠀⠀⠀
+⠀╚════════════════════════════════════════╝⠀⠀⠀⠀║⠀⠀⠀└─────────────┘┃⠀│⠀⠀<a href='https://github.com/sleventyeleven/<a href='https://github.com/sleventyeleven/linuxprivchecker'>linuxprivchecker</a>'>linuxprivchecker</a>⠀⠀⠀⠀⠀⠀⠀⠀⠀│⠀┃⠀║⠀⠀⠀⠀⠀⠀⠀⠀⠀⠀⠀⠀⠀⠀
 ⠀⠀⠀⠀⠀⠀⠀⠀⠀⠀⠀⠀⠀⠀⠀⠀⠀⠀⠀⠀⠀⠀⠀⠀⠀⠀⠀⠀⠀⠀⠀⠀⠀⠀⠀⠀⠀⠀⠀⠀⠀⠀⠀⠀⠀⠀⠀║⠀⠀⠀┌─⠀SPOOFING⠀──┐┃⠀│⠀⠀⠀⠀⠀⠀⠀⠀⠀⠀⠀⠀⠀⠀⠀⠀⠀⠀⠀⠀⠀⠀⠀⠀⠀⠀⠀│⠀┃⠀║⠀⠀⠀⠀⠀⠀⠀⠀⠀⠀⠀⠀⠀⠀
 ⠀⠀⠀⠀⠀⠀⠀⠀⠀⠀⠀⠀⠀⠀⠀⠀⠀⠀⠀⠀⠀⠀⠀⠀⠀⠀⠀⠀⠀⠀⠀⠀⠀⠀⠀⠀⠀⠀⠀⠀⠀⠀⠀⠀⠀⠀⠀║⠀⠀⠀├─────────────┤┃⠀└───────────────────────────┘⠀┃⠀║⠀⠀⠀⠀⠀⠀⠀⠀⠀⠀⠀⠀⠀⠀
-⠀⠀⠀⠀⠀⠀⠀⠀⠀⠀⠀⠀⠀⠀⠀⠀⠀⠀⠀⠀⠀⠀⠀⠀⠀⠀⠀⠀⠀⠀⠀⠀⠀⠀⠀⠀⠀⠀⠀⠀⠀⠀⠀⠀⠀⠀⠀║⠀⠀⠀│⠀⠀b<a href='https://github.com/Ettercap/ettercap'>ettercap</a>⠀⠀│┃⠀┌────────⠀WINDOWS⠀────────┐⠀⠀⠀┃⠀║⠀⠀⠀⠀⠀⠀⠀⠀⠀⠀⠀⠀⠀⠀
+⠀⠀⠀⠀⠀⠀⠀⠀⠀⠀⠀⠀⠀⠀⠀⠀⠀⠀⠀⠀⠀⠀⠀⠀⠀⠀⠀⠀⠀⠀⠀⠀⠀⠀⠀⠀⠀⠀⠀⠀⠀⠀⠀⠀⠀⠀⠀║⠀⠀⠀│⠀⠀b<a href='https://github.com/Ettercap/<a href='https://github.com/Ettercap/ettercap'>ettercap</a>'>ettercap</a>⠀⠀│┃⠀┌────────⠀WINDOWS⠀────────┐⠀⠀⠀┃⠀║⠀⠀⠀⠀⠀⠀⠀⠀⠀⠀⠀⠀⠀⠀
 ⠀⠀⠀⠀⠀⠀⠀⠀⠀⠀⠀⠀⠀⠀⠀⠀⠀⠀⠀⠀⠀⠀⠀⠀⠀⠀⠀⠀⠀⠀⠀⠀⠀⠀⠀⠀⠀⠀⠀⠀⠀⠀⠀⠀⠀⠀⠀║⠀⠀⠀│⠀⠀⠀⠀⠀⠀⠀⠀⠀⠀⠀⠀⠀│┃⠀├─────────────────────────┤⠀⠀⠀┃⠀║⠀⠀⠀⠀⠀⠀⠀⠀⠀⠀⠀⠀⠀⠀
-⠀⠀⠀⠀⠀⠀⠀⠀⠀⠀⠀⠀⠀⠀⠀⠀⠀⠀⠀⠀⠀⠀⠀⠀⠀⠀⠀⠀⠀⠀⠀⠀⠀⠀⠀⠀⠀⠀⠀⠀⠀⠀⠀⠀⠀⠀⠀║⠀⠀⠀│⠀⠀<a href='https://github.com/SpiderLabs/Responder'>Responder</a>⠀⠀│┃⠀│⠀⠀<a href='https://github.com/peass-ng/PEASS-ng/tree/master/winPEAS'>winPEAS</a>⠀⠀⠀⠀⠀⠀⠀⠀⠀⠀⠀⠀⠀⠀⠀⠀│⠀⠀⠀┃⠀║⠀⠀⠀⠀⠀⠀⠀⠀⠀⠀⠀⠀⠀⠀
+⠀⠀⠀⠀⠀⠀⠀⠀⠀⠀⠀⠀⠀⠀⠀⠀⠀⠀⠀⠀⠀⠀⠀⠀⠀⠀⠀⠀⠀⠀⠀⠀⠀⠀⠀⠀⠀⠀⠀⠀⠀⠀⠀⠀⠀⠀⠀║⠀⠀⠀│⠀⠀<a href='https://github.com/SpiderLabs/<a href='https://github.com/SpiderLabs/Responder'>Responder</a>'>Responder</a>⠀⠀│┃⠀│⠀⠀<a href='https://github.com/peass-ng/PEASS-ng/tree/master/<a href='https://github.com/peass-ng/PEASS-ng/tree/master/winPEAS'>winPEAS</a>'>winPEAS</a>⠀⠀⠀⠀⠀⠀⠀⠀⠀⠀⠀⠀⠀⠀⠀⠀│⠀⠀⠀┃⠀║⠀⠀⠀⠀⠀⠀⠀⠀⠀⠀⠀⠀⠀⠀
 ⠀⠀⠀⠀⠀⠀⠀⠀⠀⠀⠀⠀⠀⠀⠀⠀⠀⠀⠀⠀⠀⠀⠀⠀⠀⠀⠀⠀⠀⠀⠀⠀⠀⠀⠀⠀⠀⠀⠀⠀⠀⠀⠀⠀⠀⠀⠀║⠀⠀⠀│⠀⠀⠀⠀⠀⠀⠀⠀⠀⠀⠀⠀⠀│┃⠀│⠀⠀⠀⠀⠀⠀⠀⠀⠀⠀⠀⠀⠀⠀⠀⠀⠀⠀⠀⠀⠀⠀⠀⠀⠀│⠀⠀⠀┃⠀║⠀⠀⠀⠀⠀⠀⠀⠀⠀⠀⠀⠀⠀⠀
-⠀⠀⠀⠀⠀⠀⠀⠀⠀⠀⠀⠀⠀⠀⠀⠀⠀⠀⠀⠀⠀⠀⠀⠀⠀⠀⠀⠀⠀⠀⠀⠀⠀⠀⠀⠀⠀⠀⠀⠀⠀⠀⠀⠀⠀⠀⠀║⠀⠀⠀│⠀⠀<a href='https://github.com/alandau/arpspoof'>arpspoof</a>⠀⠀⠀│┃⠀│⠀⠀PrivescCheck⠀⠀⠀⠀⠀⠀⠀⠀⠀⠀⠀│⠀⠀⠀┃⠀║⠀⠀⠀⠀⠀⠀⠀⠀⠀⠀⠀⠀⠀⠀
+⠀⠀⠀⠀⠀⠀⠀⠀⠀⠀⠀⠀⠀⠀⠀⠀⠀⠀⠀⠀⠀⠀⠀⠀⠀⠀⠀⠀⠀⠀⠀⠀⠀⠀⠀⠀⠀⠀⠀⠀⠀⠀⠀⠀⠀⠀⠀║⠀⠀⠀│⠀⠀<a href='https://github.com/alandau/<a href='https://github.com/alandau/arpspoof'>arpspoof</a>'>arpspoof</a>⠀⠀⠀│┃⠀│⠀⠀<a href='https://github.com/itm4n/PrivescCheck'>PrivescCheck</a>⠀⠀⠀⠀⠀⠀⠀⠀⠀⠀⠀│⠀⠀⠀┃⠀║⠀⠀⠀⠀⠀⠀⠀⠀⠀⠀⠀⠀⠀⠀
 ⠀⠀⠀⠀⠀⠀⠀⠀⠀⠀⠀⠀⠀⠀⠀⠀⠀⠀⠀⠀⠀⠀⠀⠀⠀⠀⠀⠀⠀⠀⠀⠀⠀⠀⠀⠀⠀⠀⠀⠀⠀⠀⠀⠀⠀⠀⠀║⠀⠀⠀│⠀⠀⠀⠀⠀⠀⠀⠀⠀⠀⠀⠀⠀│┃⠀│⠀⠀⠀⠀⠀⠀⠀⠀⠀⠀⠀⠀⠀⠀⠀⠀⠀⠀⠀⠀⠀⠀⠀⠀⠀│⠀⠀⠀┃⠀║⠀⠀⠀⠀⠀⠀⠀⠀⠀⠀⠀⠀⠀⠀
-⠀⠀⠀⠀⠀⠀⠀⠀⠀⠀⠀⠀⠀⠀⠀⠀⠀⠀⠀⠀⠀⠀⠀⠀⠀⠀⠀⠀⠀⠀⠀⠀⠀⠀⠀⠀⠀⠀⠀⠀⠀⠀⠀⠀⠀⠀⠀║⠀⠀⠀└─────────────┘┃⠀│⠀⠀<a href='https://github.com/pentestmonkey/windows-privesc-check'>windows-privesc-check</a>⠀⠀│⠀⠀⠀┃⠀║⠀⠀⠀⠀⠀⠀⠀⠀⠀⠀⠀⠀⠀⠀
+⠀⠀⠀⠀⠀⠀⠀⠀⠀⠀⠀⠀⠀⠀⠀⠀⠀⠀⠀⠀⠀⠀⠀⠀⠀⠀⠀⠀⠀⠀⠀⠀⠀⠀⠀⠀⠀⠀⠀⠀⠀⠀⠀⠀⠀⠀⠀║⠀⠀⠀└─────────────┘┃⠀│⠀⠀<a href='https://github.com/pentestmonkey/<a href='https://github.com/pentestmonkey/windows-privesc-check'>windows-privesc-check</a>'>windows-privesc-check</a>⠀⠀│⠀⠀⠀┃⠀║⠀⠀⠀⠀⠀⠀⠀⠀⠀⠀⠀⠀⠀⠀
 ⠀⠀⠀⠀⠀⠀⠀⠀⠀⠀⠀⠀⠀⠀⠀⠀⠀⠀⠀⠀⠀⠀⠀⠀⠀⠀⠀⠀⠀⠀⠀⠀⠀⠀⠀⠀⠀⠀⠀⠀⠀⠀⠀⠀⠀⠀⠀║⠀⠀⠀⠀⠀⠀⠀⠀⠀⠀⠀⠀⠀⠀⠀⠀⠀⠀┃⠀│⠀⠀⠀⠀⠀⠀⠀⠀⠀⠀⠀⠀⠀⠀⠀⠀⠀⠀⠀⠀⠀⠀⠀⠀⠀│⠀⠀⠀┃⠀║⠀⠀⠀⠀⠀⠀⠀⠀⠀⠀⠀⠀⠀⠀
-⠀⠀⠀⠀⠀⠀⠀⠀⠀⠀⠀⠀⠀⠀⠀⠀⠀⠀⠀⠀⠀⠀⠀⠀⠀⠀⠀⠀⠀⠀⠀⠀⠀⠀⠀⠀⠀⠀⠀⠀⠀⠀⠀⠀⠀⠀⠀║⠀⠀⠀⠀⠀⠀⠀⠀⠀⠀⠀⠀⠀⠀⠀⠀⠀⠀┃⠀│⠀⠀<a href='https://github.com/antonioCoco/RemotePotato0'>RemotePotato0</a>⠀⠀⠀⠀⠀⠀⠀⠀⠀⠀│⠀⠀⠀┃⠀║⠀⠀⠀⠀⠀⠀⠀⠀⠀⠀⠀⠀⠀⠀
+⠀⠀⠀⠀⠀⠀⠀⠀⠀⠀⠀⠀⠀⠀⠀⠀⠀⠀⠀⠀⠀⠀⠀⠀⠀⠀⠀⠀⠀⠀⠀⠀⠀⠀⠀⠀⠀⠀⠀⠀⠀⠀⠀⠀⠀⠀⠀║⠀⠀⠀⠀⠀⠀⠀⠀⠀⠀⠀⠀⠀⠀⠀⠀⠀⠀┃⠀│⠀⠀<a href='https://github.com/antonioCoco/<a href='https://github.com/antonioCoco/RemotePotato0'>RemotePotato0</a>'>RemotePotato0</a>⠀⠀⠀⠀⠀⠀⠀⠀⠀⠀│⠀⠀⠀┃⠀║⠀⠀⠀⠀⠀⠀⠀⠀⠀⠀⠀⠀⠀⠀
 ⠀⠀⠀⠀⠀⠀⠀⠀⠀⠀⠀⠀⠀⠀⠀⠀⠀⠀⠀⠀⠀⠀⠀⠀⠀⠀⠀⠀⠀⠀⠀⠀⠀⠀⠀⠀⠀⠀⠀⠀⠀⠀⠀⠀⠀⠀⠀║⠀⠀⠀⠀⠀⠀⠀⠀⠀⠀⠀⠀⠀⠀⠀⠀⠀⠀┃⠀│⠀⠀⠀⠀⠀⠀⠀⠀⠀⠀⠀⠀⠀⠀⠀⠀⠀⠀⠀⠀⠀⠀⠀⠀⠀│⠀⠀⠀┃⠀║⠀⠀⠀⠀⠀⠀⠀⠀⠀⠀⠀⠀⠀⠀
 ⠀⠀⠀⠀⠀⠀⠀⠀⠀⠀⠀⠀⠀⠀⠀⠀⠀⠀⠀⠀⠀⠀⠀⠀⠀⠀⠀⠀⠀⠀⠀⠀⠀⠀⠀⠀⠀⠀⠀⠀⠀⠀⠀⠀⠀⠀⠀║⠀⠀⠀⠀⠀⠀⠀⠀⠀⠀⠀⠀⠀⠀⠀⠀⠀⠀┃⠀└─────────────────────────┘⠀⠀⠀┃⠀║⠀⠀⠀⠀⠀⠀⠀⠀⠀⠀⠀⠀⠀⠀
 ⠀⠀⠀⠀⠀⠀⠀⠀⠀⠀⠀⠀⠀⠀⠀⠀⠀⠀⠀⠀⠀⠀⠀⠀⠀⠀⠀⠀⠀⠀⠀⠀⠀⠀⠀⠀⠀⠀⠀⠀⠀⠀⠀⠀⠀⠀⠀║⠀⠀⠀⠀⠀⠀⠀⠀⠀⠀⠀⠀⠀⠀⠀⠀⠀⠀┗━━━━━━━━━━━━━━━━━━━━━━━━━━━━━━━┛⠀║⠀⠀⠀⠀⠀⠀⠀⠀⠀⠀⠀⠀⠀⠀
 ⠀⠀⠀⠀⠀⠀⠀⠀⠀⠀⠀⠀⠀⠀⠀⠀⠀⠀⠀⠀⠀⠀⠀⠀⠀⠀⠀⠀⠀⠀⠀⠀⠀⠀⠀⠀⠀⠀⠀⠀⠀⠀⠀⠀⠀⠀⠀╚════════════════════════════════════════════════════╝⠀⠀⠀⠀⠀⠀⠀⠀⠀⠀⠀⠀⠀⠀
 ]
 style main fill:#121212
 ```
````
